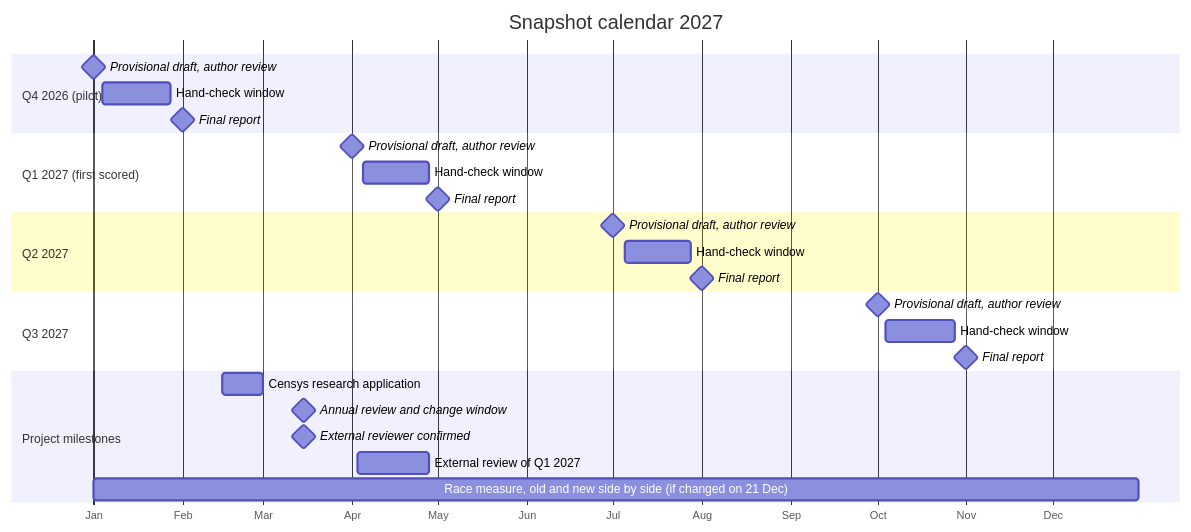
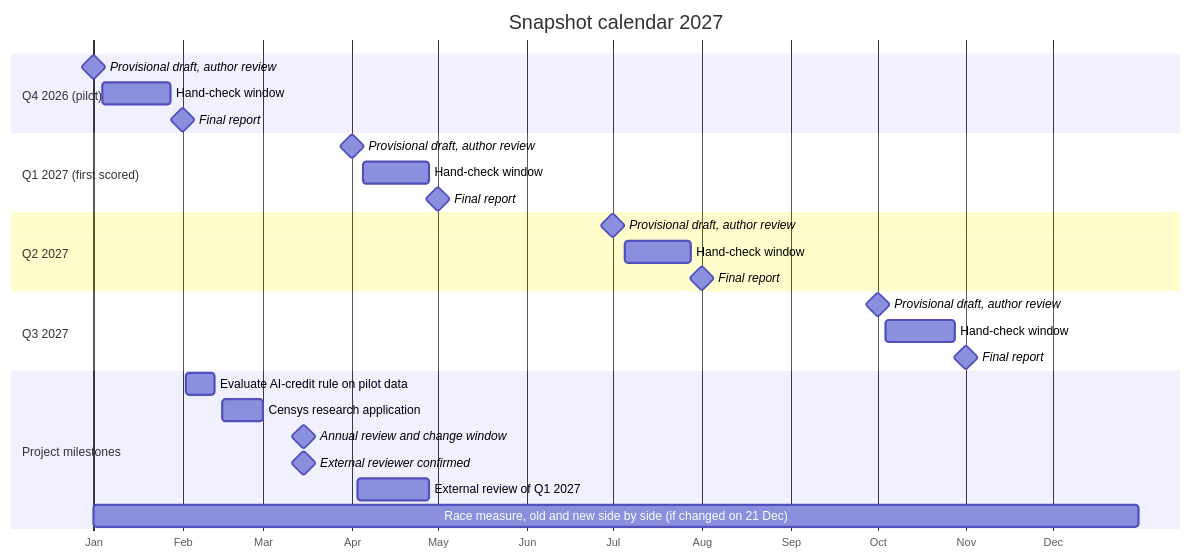
Before and after one commit to pagagne/internet-security-snapshot: the diagram in docs/diagrams/calendar_2027.mmd, drawn with Mermaid. The commit also changed 14 other files, not shown here.

First line of the commit message:
T7 two numbers: headline counts any mention of an AI tool or frontier AI lab (author's rule, auto-accept v1.3, locked, deviation logged); registered tool-named count kept as the low end; direction needs both; evaluation of the rule on pilot data 2-12 Feb 2027; docs, app text, Track C diagram updated

```diff
--- a/docs/diagrams/calendar_2027.mmd
+++ b/docs/diagrams/calendar_2027.mmd
@@ -1,27 +1,28 @@
 gantt
   title Snapshot calendar 2027
   dateFormat YYYY-MM-DD
   axisFormat %b
   tickInterval 1month
   section Q4 2026 (pilot)
     Provisional draft, author review :milestone, 2027-01-01, 0d
     Hand-check window            :2027-01-04, 2027-01-28
     Final report                :milestone, 2027-02-01, 0d
   section Q1 2027 (first scored)
     Provisional draft, author review :milestone, 2027-04-01, 0d
     Hand-check window            :2027-04-05, 2027-04-28
     Final report                :milestone, 2027-05-01, 0d
   section Q2 2027
     Provisional draft, author review :milestone, 2027-07-01, 0d
     Hand-check window            :2027-07-05, 2027-07-28
     Final report                :milestone, 2027-08-01, 0d
   section Q3 2027
     Provisional draft, author review :milestone, 2027-10-01, 0d
     Hand-check window            :2027-10-04, 2027-10-28
     Final report                :milestone, 2027-11-01, 0d
   section Project milestones
+    Evaluate AI-credit rule on pilot data :2027-02-02, 2027-02-12
     Censys research application :2027-02-15, 14d
     Annual review and change window :milestone, 2027-03-15, 0d
     External reviewer confirmed :milestone, 2027-03-15, 0d
     External review of Q1 2027 :2027-04-03, 2027-04-28
     Race measure, old and new side by side (if changed on 21 Dec) :2027-01-01, 2027-12-31
```
